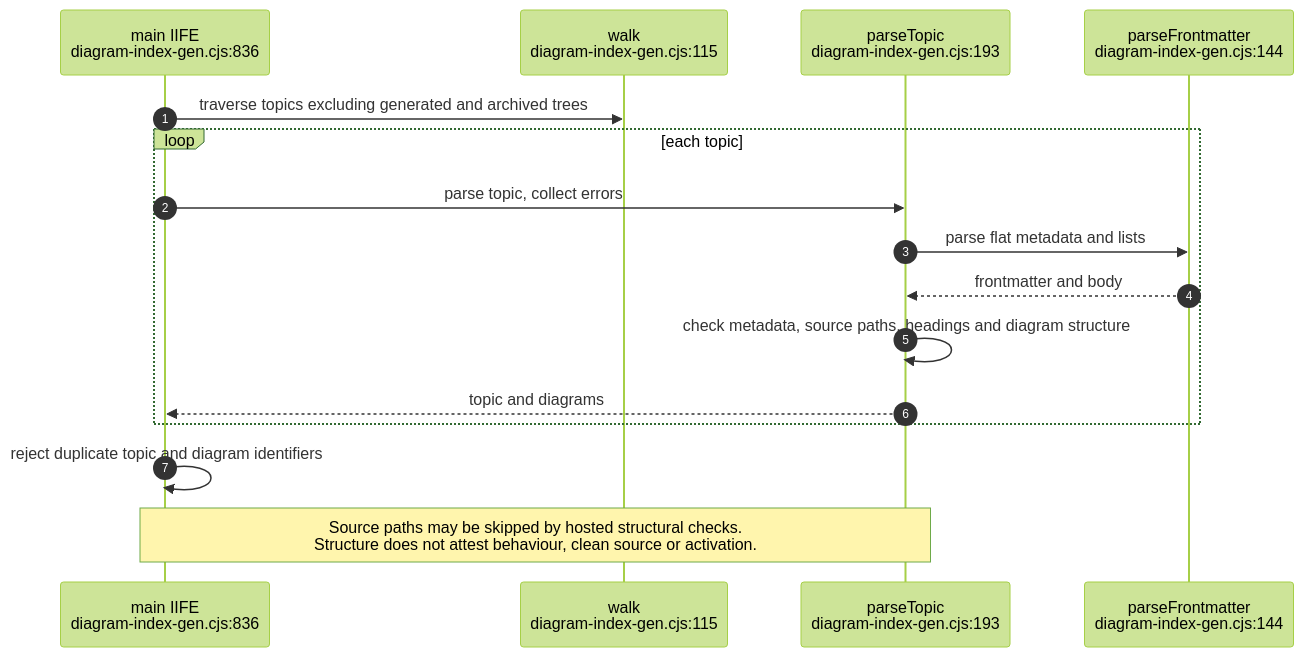
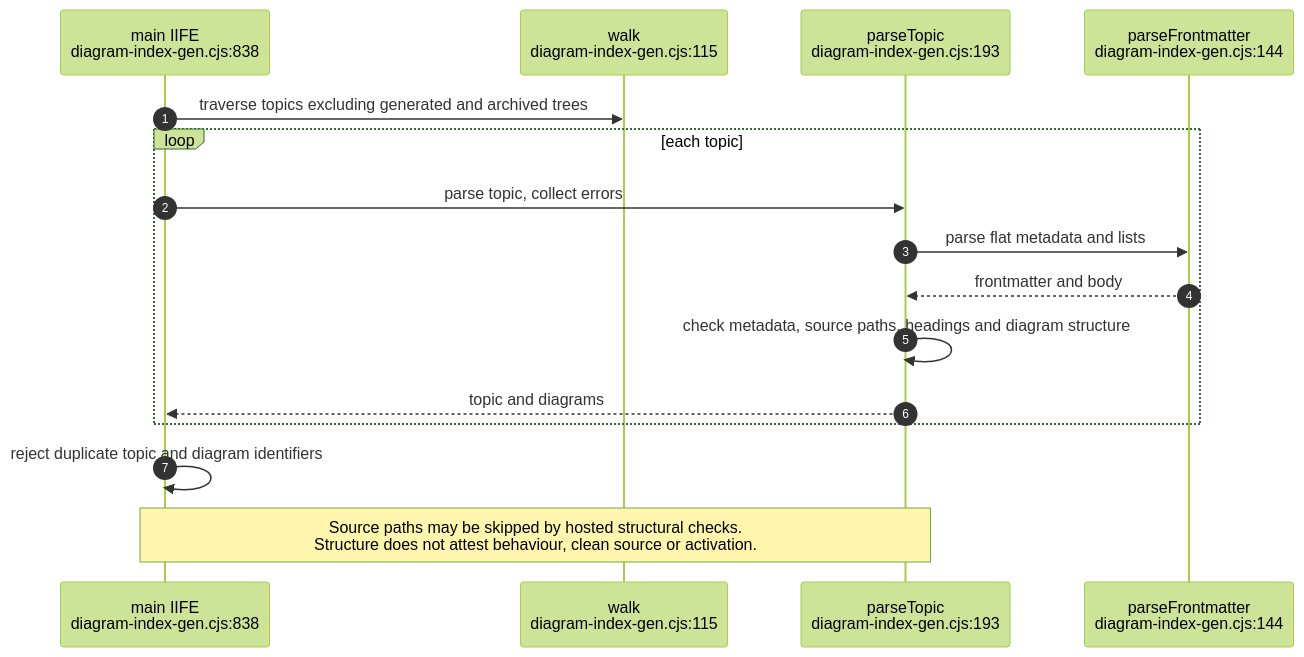
One commit to DreamLab-AI/VisionFlow changed the eighth of 15 diagrams in docs/diagrams/visionflow/06-diagram-tooling.md. Above: the diagram before and after it, drawn with Mermaid (forest theme). The commit also changed other lines of this file and 91 other files, not shown here.

````diff
--- a/docs/diagrams/visionflow/06-diagram-tooling.md
+++ b/docs/diagrams/visionflow/06-diagram-tooling.md
@@ -272,18 +272,18 @@
 ```mermaid
 sequenceDiagram
     autonumber
-    participant CLI as main IIFE<br/>diagram-index-gen.cjs:836
+    participant CLI as main IIFE<br/>diagram-index-gen.cjs:838
     participant W as walk<br/>diagram-index-gen.cjs:115
     participant P as parseTopic<br/>diagram-index-gen.cjs:193
     participant F as parseFrontmatter<br/>diagram-index-gen.cjs:144
     CLI->>W: traverse topics excluding generated and archived trees
     loop each topic
         CLI->>P: parse topic, collect errors
         P->>F: parse flat metadata and lists
         F-->>P: frontmatter and body
         P->>P: check metadata, source paths, headings and diagram structure
         P-->>CLI: topic and diagrams
     end
     CLI->>CLI: reject duplicate topic and diagram identifiers
     Note over CLI,P: Source paths may be skipped by hosted structural checks.<br/>Structure does not attest behaviour, clean source or activation.
 ```
````
